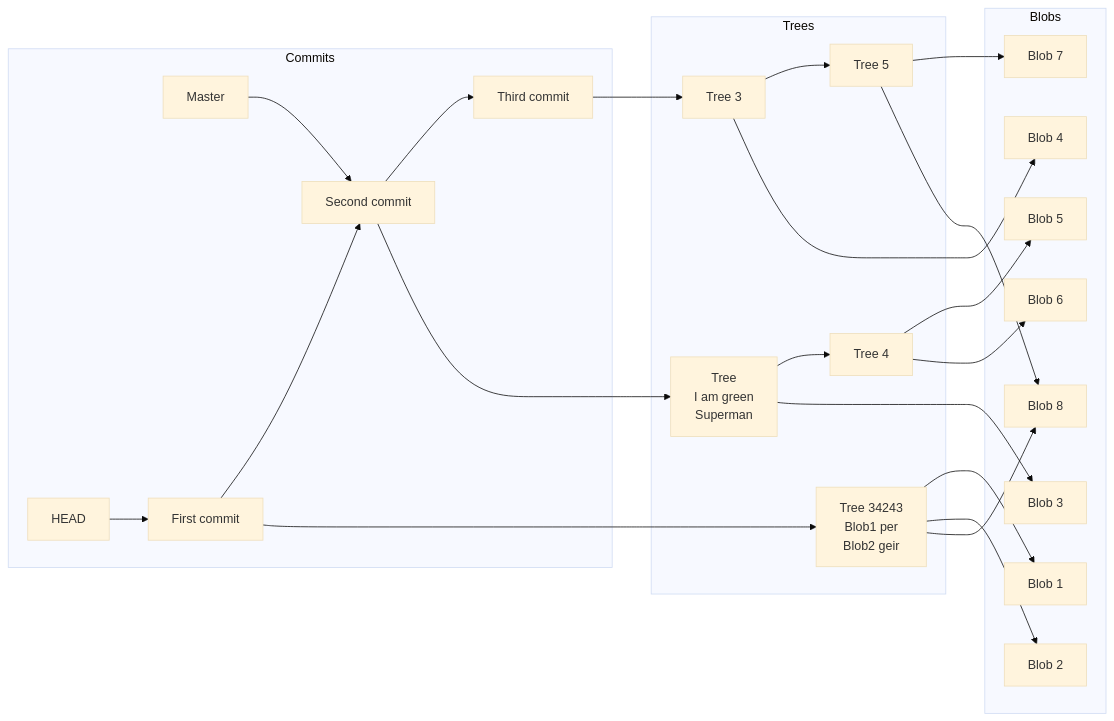
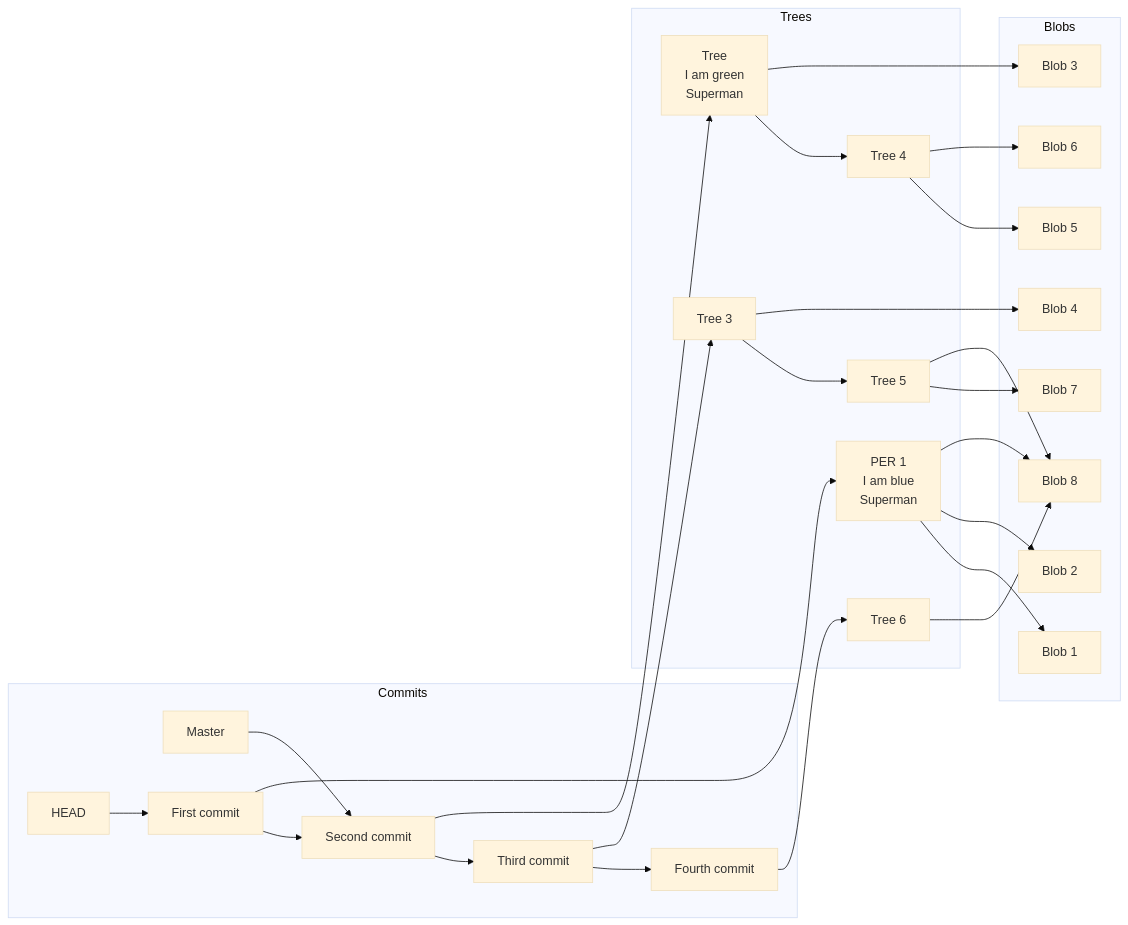
The diagram in test.md (troflog/git_blob_graph), drawn with Mermaid (base theme) before and after one commit.

````diff
--- a/test.md
+++ b/test.md
@@ -1,38 +1,41 @@
 ```mermaid
 
 graph LR
 
 H[HEAD]
 M[Master]
 
-T1[Tree 34243<br>Blob1 per <br>Blob2 geir]
+T1[PER 1<br>I am blue<br>Superman]
 
 T2[Tree <br>I am green<br>Superman]
 
 subgraph Commits
 H --> A
 M --> B
 A[First commit] --> B[Second commit]
 B --> C[Third commit]
+C --> D[Fourth commit]
 end
 subgraph Trees
 A --> T1
 B --> T2
 C --> T3[Tree 3]
 T2 --> T4[Tree 4]
 T3 --> T5[Tree 5]
+D --> T6[Tree 6]
 end
 subgraph Blobs
 T1 --> B1[Blob 1]
 T1 --> B2[Blob 2]
 T2 --> B3[Blob 3]
 T4 --> B5[Blob 5]
 T4 --> B6[Blob 6]
 T3 --> B4[Blob 4]
 T5 --> B7[Blob 7]
 T1 --> B8[Blob 8]
 T5 --> B8[Blob 8]
+T6 --> B8[Blob 8]
 end
 
 
 ```
````
